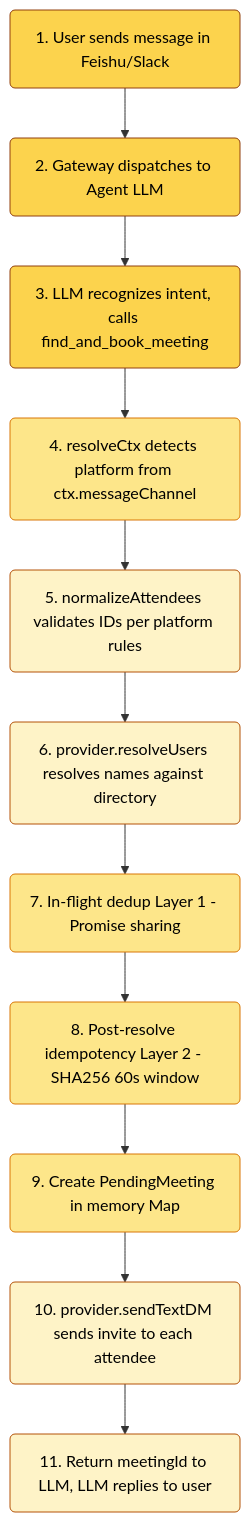
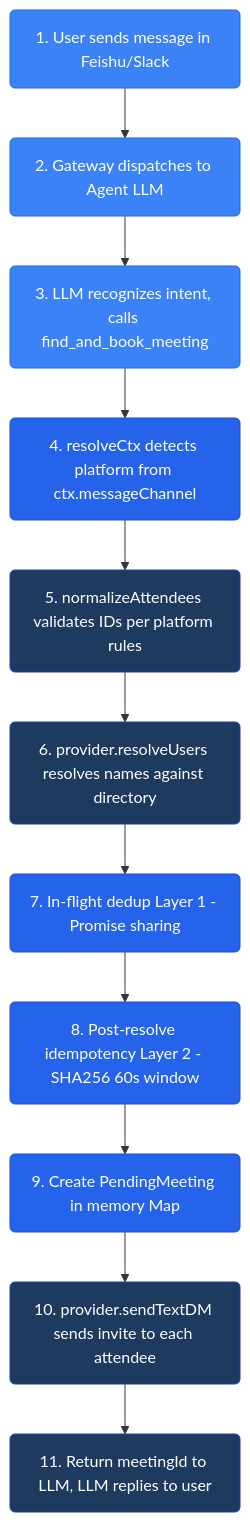
The third of 13 diagrams in README.md (javana3/claw_meeting_all), drawn with Mermaid before and after one commit. The commit also changed other lines of this file, not shown here.

Commit message:
Modernize diagrams with blue tech color scheme

````diff
--- a/README.md
+++ b/README.md
@@ -103,25 +103,25 @@
 ```mermaid
 graph TD
     A(1. User sends message in Feishu/Slack) --> B(2. Gateway dispatches to Agent LLM)
     B --> C(3. LLM recognizes intent, calls find_and_book_meeting)
     C --> D(4. resolveCtx detects platform from ctx.messageChannel)
     D --> E(5. normalizeAttendees validates IDs per platform rules)
     E --> F(6. provider.resolveUsers resolves names against directory)
     F --> G(7. In-flight dedup Layer 1 - Promise sharing)
     G --> H(8. Post-resolve idempotency Layer 2 - SHA256 60s window)
     H --> I(9. Create PendingMeeting in memory Map)
     I --> J(10. provider.sendTextDM sends invite to each attendee)
     J --> K(11. Return meetingId to LLM, LLM replies to user)
 
-    style D fill:#fde68a,stroke:#d97706,color:#000
-    style G fill:#fde68a,stroke:#d97706,color:#000
-    style H fill:#fde68a,stroke:#d97706,color:#000
-    style I fill:#fde68a,stroke:#d97706,color:#000
-    style A fill:#fcd34d,stroke:#92400e,color:#000
-    style B fill:#fcd34d,stroke:#92400e,color:#000
-    style C fill:#fcd34d,stroke:#92400e,color:#000
-    style E fill:#fef3c7,stroke:#b45309,color:#000
-    style F fill:#fef3c7,stroke:#b45309,color:#000
-    style J fill:#fef3c7,stroke:#b45309,color:#000
-    style K fill:#fef3c7,stroke:#b45309,color:#000
+    style D fill:#2563eb,stroke:#1d4ed8,color:#fff
+    style G fill:#2563eb,stroke:#1d4ed8,color:#fff
+    style H fill:#2563eb,stroke:#1d4ed8,color:#fff
+    style I fill:#2563eb,stroke:#1d4ed8,color:#fff
+    style A fill:#3b82f6,stroke:#2563eb,color:#fff
+    style B fill:#3b82f6,stroke:#2563eb,color:#fff
+    style C fill:#3b82f6,stroke:#2563eb,color:#fff
+    style E fill:#1e3a5f,stroke:#1e40af,color:#fff
+    style F fill:#1e3a5f,stroke:#1e40af,color:#fff
+    style J fill:#1e3a5f,stroke:#1e40af,color:#fff
+    style K fill:#1e3a5f,stroke:#1e40af,color:#fff
 ```
````
